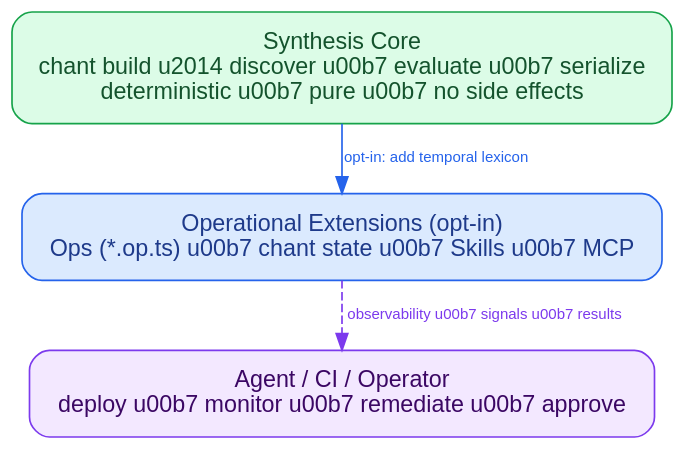
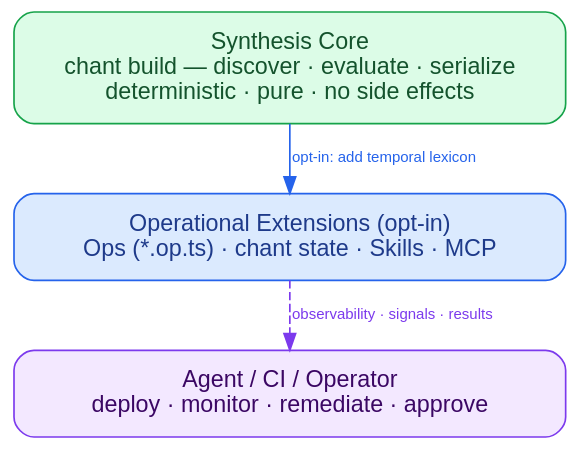
Before and after one commit to INTENTIUS/chant: the diagram in docs/diagrams/philosophy-layers.dot, drawn with Graphviz. The commit also changed 17 other files, not shown here.

```diff
--- a/docs/diagrams/philosophy-layers.dot
+++ b/docs/diagrams/philosophy-layers.dot
@@ -1,18 +1,18 @@
 digraph philosophy_layers {
   rankdir=TB
   graph [fontname="Helvetica,Arial,sans-serif" bgcolor="transparent" pad="0.5" ranksep="0.45" nodesep="1.0"]
   node  [fontname="Helvetica,Arial,sans-serif" shape=box style="filled,rounded" margin="0.3,0.15" width=4.6]
   edge  [fontname="Helvetica,Arial,sans-serif" fontsize=9 fontcolor="#475569"]
 
-  core [label="Synthesis Core\nchant build \u2014 discover \u00b7 evaluate \u00b7 serialize\ndeterministic \u00b7 pure \u00b7 no side effects"
+  core [label="Synthesis Core\nchant build — discover · evaluate · serialize\ndeterministic · pure · no side effects"
         fillcolor="#DCFCE7" color="#16A34A" fontcolor="#14532D"]
 
-  ops  [label="Operational Extensions (opt-in)\nOps (*.op.ts) \u00b7 chant state \u00b7 Skills \u00b7 MCP"
+  ops  [label="Operational Extensions (opt-in)\nOps (*.op.ts) · chant state · Skills · MCP"
         fillcolor="#DBEAFE" color="#2563EB" fontcolor="#1E3A8A"]
 
-  agent [label="Agent / CI / Operator\ndeploy \u00b7 monitor \u00b7 remediate \u00b7 approve"
+  agent [label="Agent / CI / Operator\ndeploy · monitor · remediate · approve"
          fillcolor="#F3E8FF" color="#7C3AED" fontcolor="#3B0764"]
 
   core  -> ops   [label="opt-in: add temporal lexicon" color="#2563EB" fontcolor="#2563EB"]
-  ops   -> agent [label="observability \u00b7 signals \u00b7 results" color="#7C3AED" fontcolor="#7C3AED" style=dashed]
+  ops   -> agent [label="observability · signals · results" color="#7C3AED" fontcolor="#7C3AED" style=dashed]
 }
```
